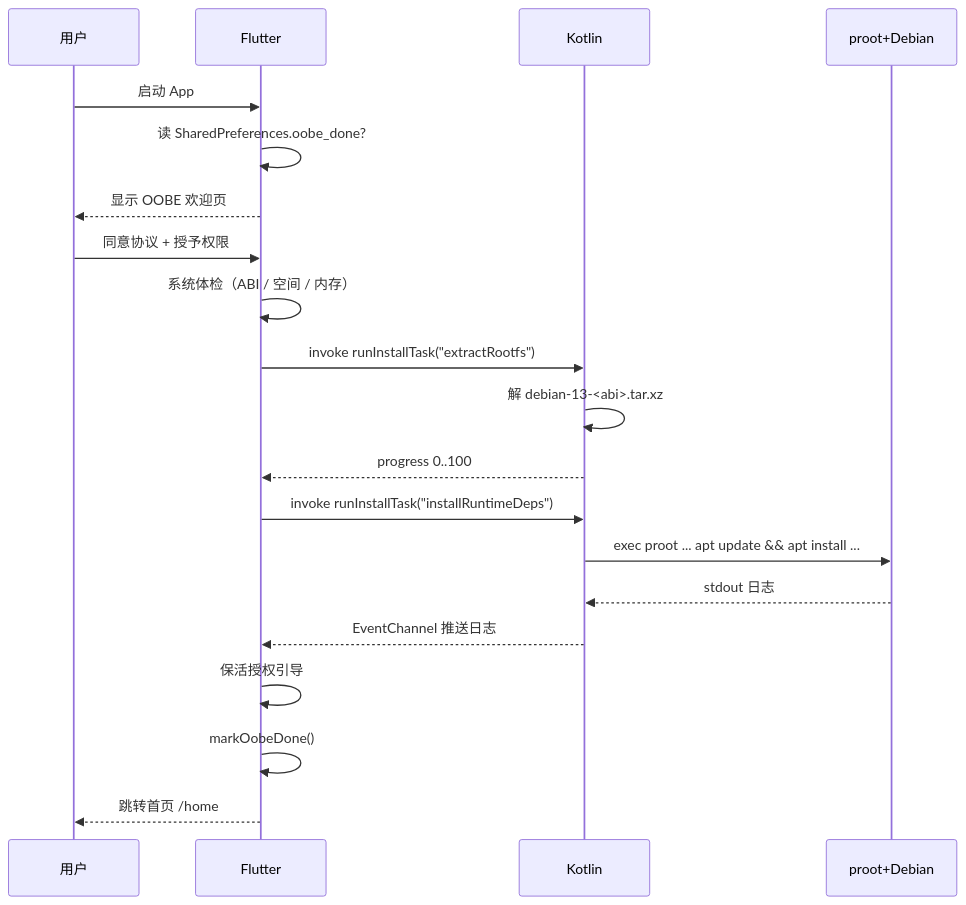
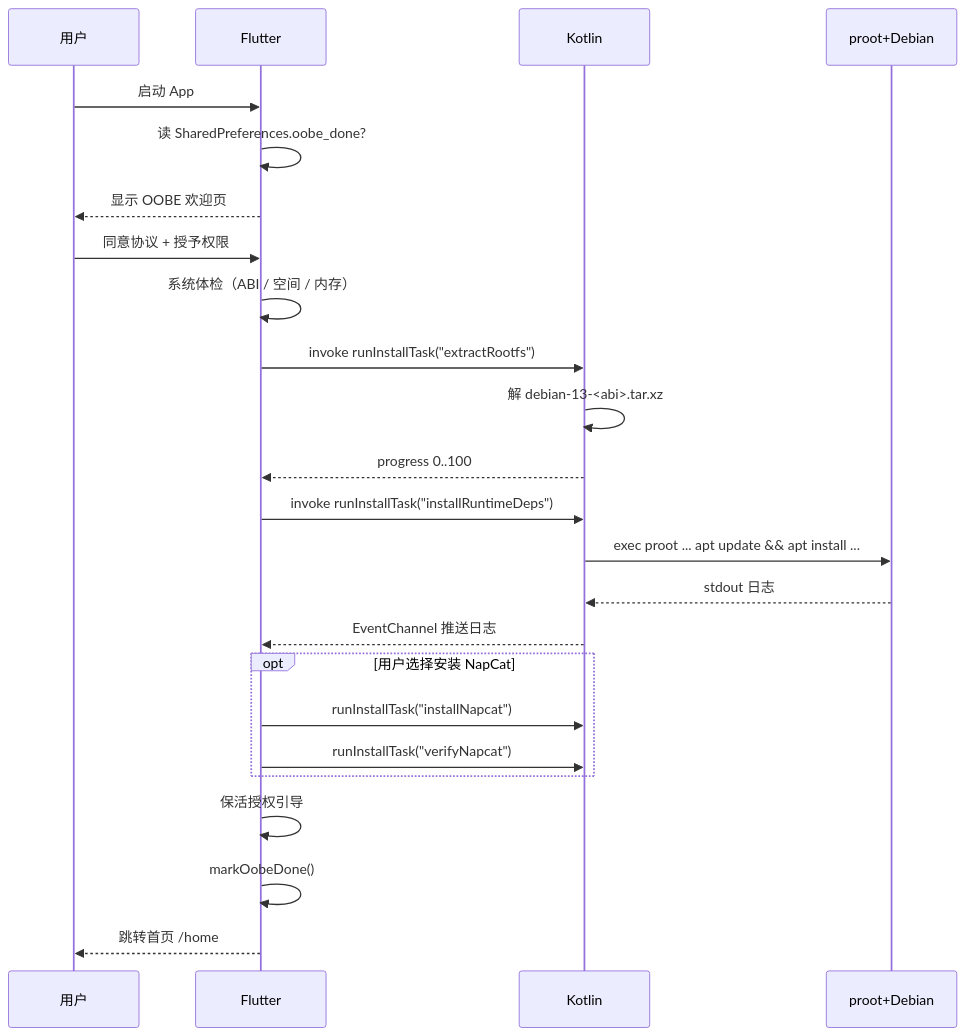
Before and after one commit to ikun-1145141/MoFox-Android: the first of 4 diagrams in ARCHITECTURE.md, drawn with Mermaid. The commit also changed other lines of this file and 12 other files, not shown here.

````diff
--- a/ARCHITECTURE.md
+++ b/ARCHITECTURE.md
@@ -417,23 +417,27 @@
 ```mermaid
 sequenceDiagram
     participant U as 用户
     participant F as Flutter
     participant K as Kotlin
     participant P as proot+Debian
 
     U->>F: 启动 App
     F->>F: 读 SharedPreferences.oobe_done?
     F-->>U: 显示 OOBE 欢迎页
     U->>F: 同意协议 + 授予权限
     F->>F: 系统体检（ABI / 空间 / 内存）
     F->>K: invoke runInstallTask("extractRootfs")
     K->>K: 解 debian-13-<abi>.tar.xz
     K-->>F: progress 0..100
     F->>K: invoke runInstallTask("installRuntimeDeps")
     K->>P: exec proot ... apt update && apt install ...
     P-->>K: stdout 日志
     K-->>F: EventChannel 推送日志
+    opt 用户选择安装 NapCat
+        F->>K: runInstallTask("installNapcat")
+        F->>K: runInstallTask("verifyNapcat")
+    end
     F->>F: 保活授权引导
     F->>F: markOobeDone()
     F-->>U: 跳转首页 /home
 ```
````
